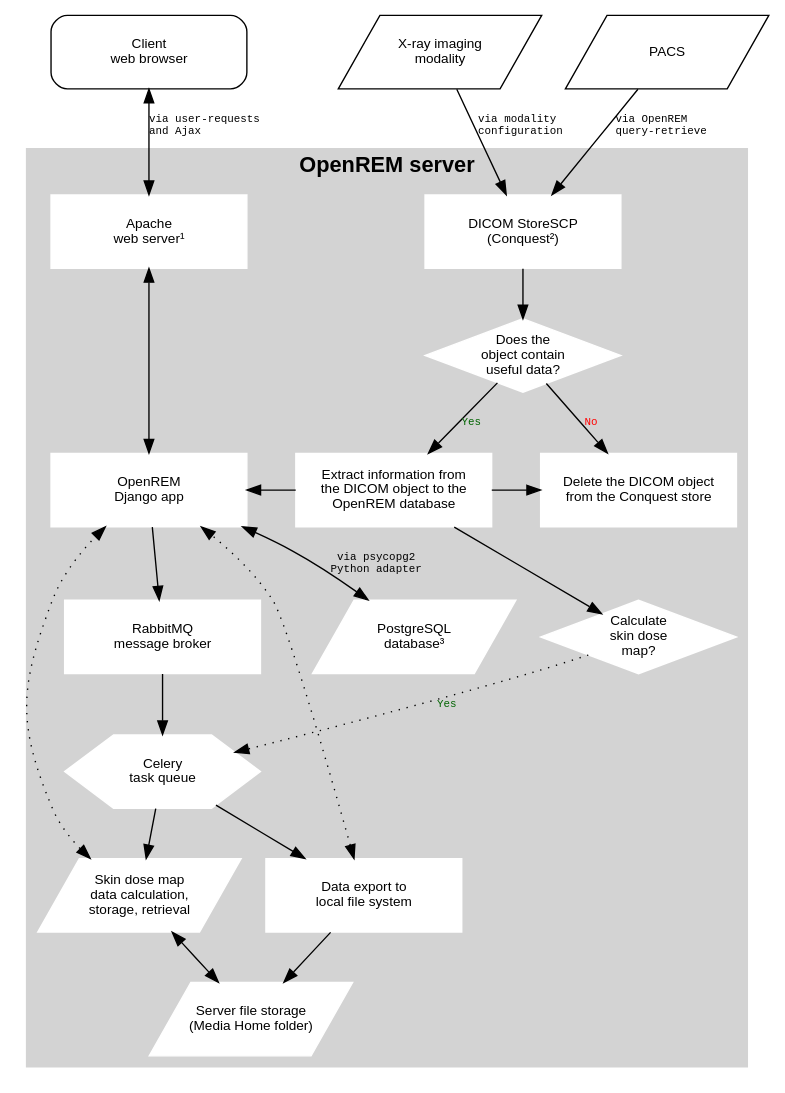
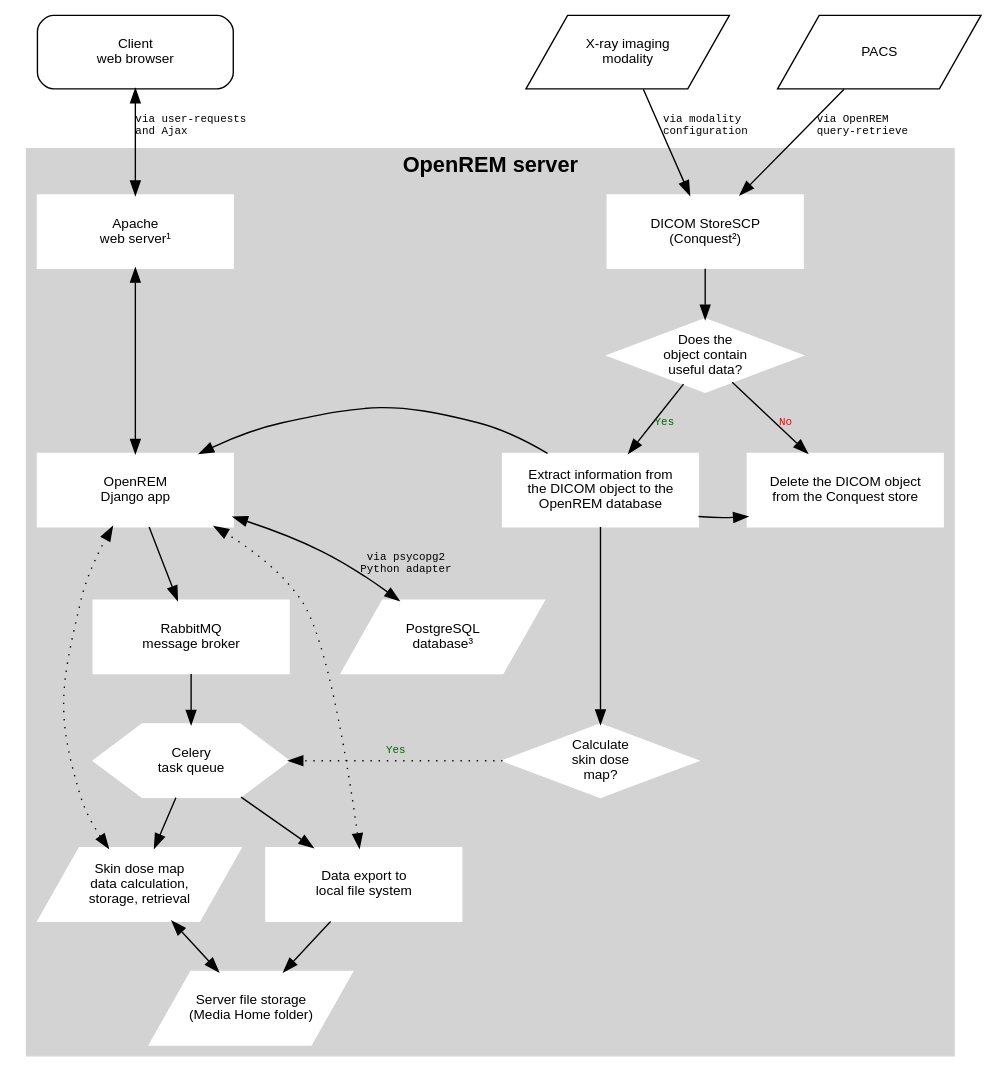
One commit to ckswilliams/modOpenREM changed the diagram in docs/testgraphviz.rst. Above: the diagram before and after it, drawn with Graphviz.

Commit message:
Updated the layout using two blank nodes and some additional ranking to force a specific horizontal order.
I found the information on forcing a horizontal order here: http://stackoverflow.com/questions/14123259/how-to-enforce-the-left-to-right-node-ordering-in-graphviz-rank-layout

References issue #448.

```diff
--- a/docs/testgraphviz.rst
+++ b/docs/testgraphviz.rst
@@ -4,74 +4,77 @@
 .. graphviz::
 
    digraph {
       node [fixedsize=true width=2.0 height=0.75 fontsize=10 margin="0.0,0.0"];
 
       // Define the things on the server
       subgraph cluster_server {
 
          label="OpenREM server";
          tooltip="The server";
          fontname="Helvetica-bold";
          fontsize=16;
          style=filled;
          color=lightgrey;
          node [style=filled color=white];
 
          // Define the nodes for the data storage, display and retrieval
          webserver [label="Apache\nweb server&sup1;" fontname="Helvetica" tooltip="Serve web pages to the user" shape="box"];
          python_django [label="OpenREM\nDjango app" fontname="Helvetica" tooltip="Python web framework" shape="box"];
          database [label="PostgreSQL\ndatabase&sup3;" fontname="Helvetica" tooltip="Relational database management system" shape="parallelogram"];
          rabbitmq [label="RabbitMQ\nmessage broker" fontname="Helvetica" tooltip="Message broker" shape="box"];
          celery [label="Celery\ntask queue" fontname="Helvetica" tooltip="Asynchronous task queue" shape="hexagon"];
          skin_dose_map_data [label="Skin dose map\ndata calculation,\nstorage, retrieval" fontname="Helvetica" tooltip="Calculate, store and retrieve skin dose map data" shape="parallelogram"];
          server_media_folder [label="Server file storage\n(Media Home folder)" fontname="Helvetica" tooltip="File storage on the server" shape="parallelogram"];
          data_export [label="Data export to\nlocal file system" fontname="Helvetica" tooltip="Files are made available to the user via a web page URL" shape="box"];
 
          // Define the links between the data storage, display and retrieval
          webserver -> python_django [dir=both];
          python_django -> database [dir=both label="via psycopg2\nPython adapter" fontsize=8 fontname="Courier"];
          python_django -> rabbitmq;
          rabbitmq -> celery;
          celery -> skin_dose_map_data;
          celery -> data_export;
          skin_dose_map_data -> server_media_folder [dir=both];
          skin_dose_map_data -> python_django [style=dotted dir=both];
          data_export -> server_media_folder;
          data_export -> python_django [style=dotted dir=both];
 
          // Define the nodes for the DICOM store, database population and skin dose map calculation
          conquest [label="DICOM StoreSCP\n(Conquest&sup2;)" fontname="Helvetica" tooltip="Conquest, acting as a DICOM storage SCP" shape="box"];
          conquest_script [shape=diamond label="Does the\nobject contain\nuseful data?" fontname="Helvetica" tooltip="Process the rules in dicom.ini"];
          populate_database [label="Extract information from\nthe DICOM object to the\nOpenREM database" fontname="Helvetica", tooltip="Extract data using OpenREM's python scripts" shape="box"];
          delete_object [label="Delete the DICOM object\nfrom the Conquest store" fontname="Helvetica" tooltip="Delete the DICOM object from the local store SCP" shape="box"];
          calc_skin_dose_map [shape=diamond label="Calculate\nskin dose\nmap?" fontname="Helvetica" tooltip="Calculate the skin dose map?"];
+         blank_node_1 [shape=none style=invisible];
 
          // Define the links between the DICOM store, database population and skin dose map calculation
          conquest_script -> populate_database [label="Yes" fontcolor=darkgreen fontsize=8 fontname="Courier"];
          populate_database -> delete_object;
          conquest_script -> delete_object [label="No" fontcolor=red fontsize=8 fontname="Courier"];
          conquest -> conquest_script;
          populate_database -> calc_skin_dose_map;
 
          // Define the links between the two groups
          python_django -> populate_database [dir=back]
          calc_skin_dose_map -> celery [style=dotted label="Yes" fontcolor=darkgreen fontsize=8 fontname="Courier"]
 
          // Force certain nodes to be on the same level so that the diagram looks good (hopefully)
          {rank=same; webserver conquest};
-         {rank=same; python_django populate_database delete_object}
+         {rank=same; celery calc_skin_dose_map };
+         {rank=same; python_django->blank_node_1->delete_object->populate_database [style=invis]; rankdir=LR;}
       }
 
       // Define the web browser, modality and pacs nodes
       web_browser [label="Client\nweb browser" fontname="Helvetica" tooltip="The user's web browser" shape="box" style=rounded];
       modality [label="X-ray imaging\nmodality" fontname="Helvetica" tooltip="Data send from an x-ray imaging modality" shape="parallelogram"];
       pacs [label="PACS" fontname="Helvetica" tooltip="A Picture Archiving and Communication System" shape="parallelogram"];
+      blank_node_2 [label="" shape=none];
 
       // Define the links that the browser, modality and pacs have
       web_browser -> webserver [dir=both label="via user-requests\land Ajax\l" fontsize=8 fontname="Courier" tooltip="Ajax used to retrieve chart data"];
       modality -> conquest [label="via modality\lconfiguration\l" fontsize=8 fontname="Courier"];
       pacs -> conquest [label="via OpenREM\lquery-retrieve\l" fontsize=8 fontname="Courier"];
 
-      // Force the web browser, modality and pacs to be on the same level
-      {rank=same; web_browser modality pacs};
+      // Force the web browser, blank node, modality and pacs to be on the same level in a specific order
+      {rank=same; web_browser->blank_node_2->modality->pacs [style=invis]; rankdir=LR;};
    }
```
